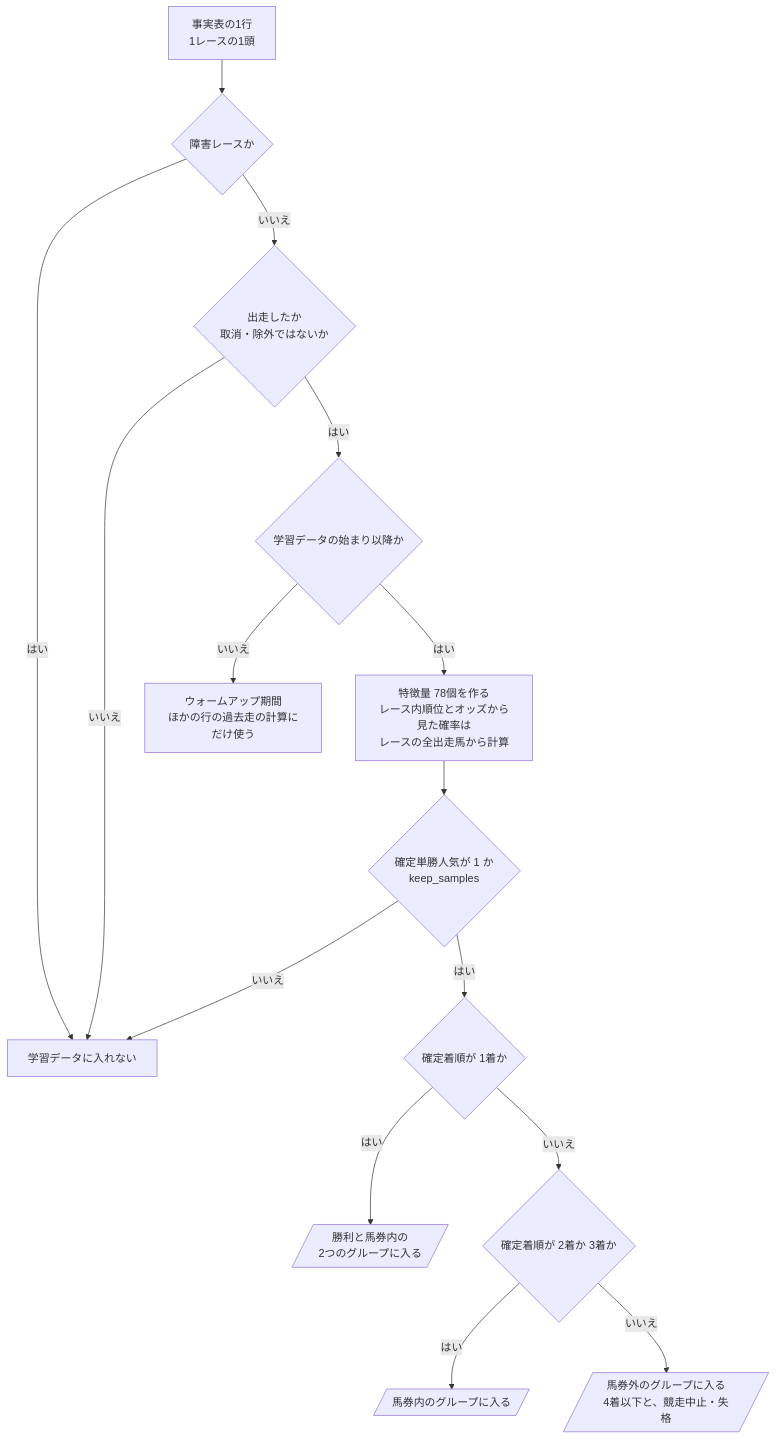
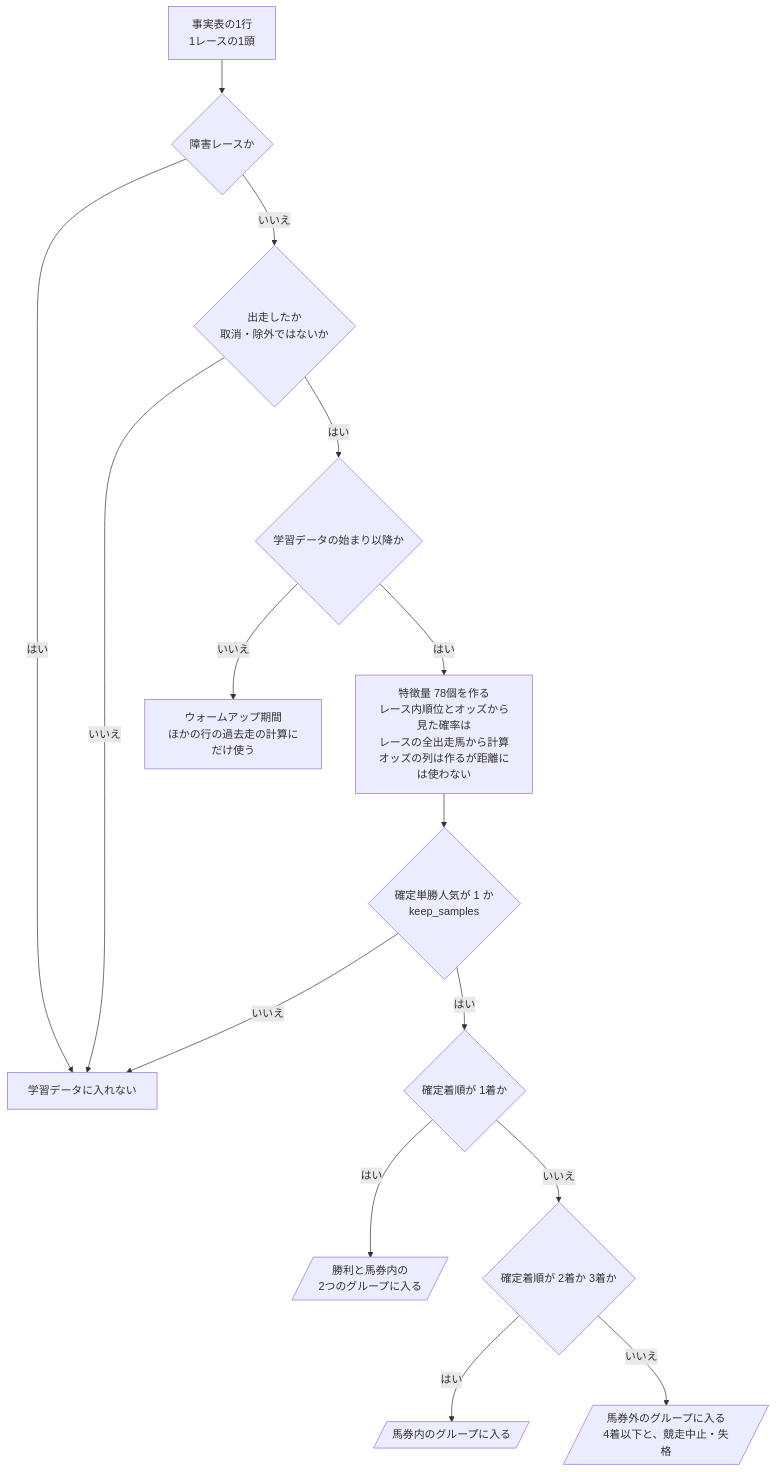
The first of 3 diagrams in docs/design/1番人気を買うか消すかを予想/06-flowchart.md (ht-0328/keiba-yosou), drawn with Mermaid before and after one commit. The commit also changed other lines of this file and 14 other files, not shown here.

````diff
--- a/docs/design/1番人気を買うか消すかを予想/06-flowchart.md
+++ b/docs/design/1番人気を買うか消すかを予想/06-flowchart.md
@@ -16,17 +16,17 @@
 ```mermaid
 flowchart TD
     S["事実表の1行<br>1レースの1頭"] --> Q1{"障害レースか"}
     Q1 -->|はい| X["学習データに入れない"]
     Q1 -->|いいえ| Q2{"出走したか<br>取消・除外ではないか"}
     Q2 -->|いいえ| X
     Q2 -->|はい| Q3{"学習データの始まり以降か"}
     Q3 -->|いいえ| WU["ウォームアップ期間<br>ほかの行の過去走の計算にだけ使う"]
-    Q3 -->|はい| F["特徴量 78個を作る<br>レース内順位とオッズから見た確率は<br>レースの全出走馬から計算"]
+    Q3 -->|はい| F["特徴量 78個を作る<br>レース内順位とオッズから見た確率は<br>レースの全出走馬から計算<br>オッズの列は作るが距離には使わない"]
     F --> Q4{"確定単勝人気が 1 か<br>keep_samples"}
     Q4 -->|いいえ| X
     Q4 -->|はい| Q5{"確定着順が 1着か"}
     Q5 -->|はい| GW[/"勝利と馬券内の<br>2つのグループに入る"/]
     Q5 -->|いいえ| Q6{"確定着順が 2着か 3着か"}
     Q6 -->|はい| GP[/"馬券内のグループに入る"/]
     Q6 -->|いいえ| GO[/"馬券外のグループに入る<br>4着以下と、競走中止・失格"/]
 ```
````
